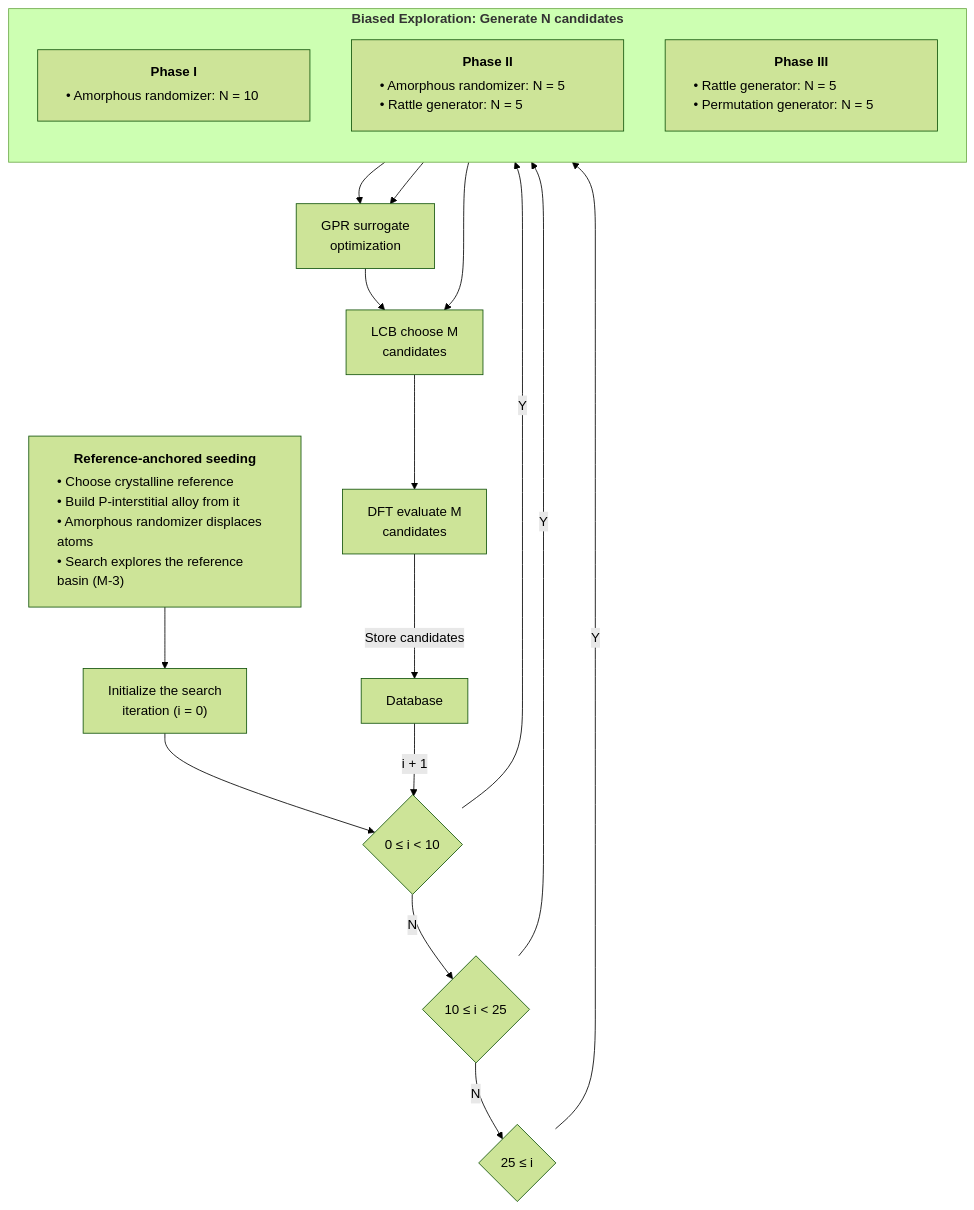
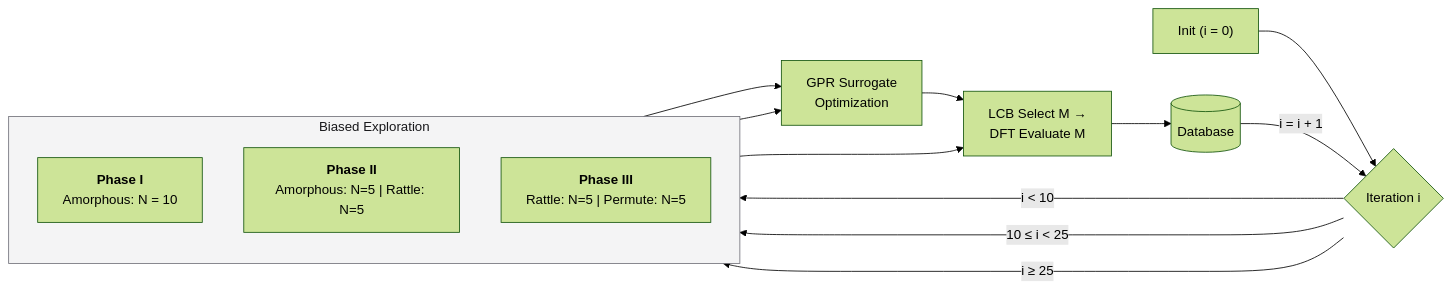
One commit to andim53/phd_research_v2 changed the diagram in paper_amorphous/papers/paper1/CLAIMS.md. Above: the diagram before and after it, drawn with Mermaid (forest theme). The commit also changed other lines of this file and 4 other files, not shown here.

````diff
--- a/paper_amorphous/papers/paper1/CLAIMS.md
+++ b/paper_amorphous/papers/paper1/CLAIMS.md
@@ -97,37 +97,31 @@
 ```mermaid
-flowchart TD
-    Ref["<b>Reference-anchored seeding</b><div style='text-align: left; min-width: 260px; padding: 4px;'>• Choose crystalline reference<br/>• Build P-interstitial alloy from it<br/>• Amorphous randomizer displaces atoms<br/>• Search explores the reference basin (M-3)</div>"]
-    Init["Initialize the search<br/>iteration (i = 0)"]
-    D1{"0 ≤ i < 10"}
-    D2{"10 ≤ i < 25"}
-    D3{"25 ≤ i"}
+flowchart LR
+    Init["Init (i = 0)"]
+    Dec{"Iteration i"}
 
-    subgraph BE ["<b>Biased Exploration: Generate N candidates</b>"]
+    subgraph BE["Biased Exploration"]
         direction TB
-        P1["<b>Phase I</b><div style='text-align: left; min-width: 260px; padding: 4px;'>• Amorphous randomizer:&nbsp;N&nbsp;=&nbsp;10</div>"]
-        P2["<b>Phase II</b><div style='text-align: left; min-width: 260px; padding: 4px;'>• Amorphous randomizer:&nbsp;N&nbsp;=&nbsp;5<br/>• Rattle generator:&nbsp;N&nbsp;=&nbsp;5</div>"]
-        P3["<b>Phase III</b><div style='text-align: left; min-width: 260px; padding: 4px;'>• Rattle generator:&nbsp;N&nbsp;=&nbsp;5<br/>• Permutation generator:&nbsp;N&nbsp;=&nbsp;5</div>"]
+        P1["<b>Phase I</b><br/>Amorphous: N = 10"]
+        P2["<b>Phase II</b><br/>Amorphous: N=5 | Rattle: N=5"]
+        P3["<b>Phase III</b><br/>Rattle: N=5 | Permute: N=5"]
     end
 
-    GPR["GPR surrogate<br/>optimization"]
-    LCB["LCB choose M<br/>candidates"]
-    DFT["DFT evaluate M<br/>candidates"]
-    DB["Database"]
+    GPR["GPR Surrogate<br/>Optimization"]
+    Eval["LCB Select M →<br/>DFT Evaluate M"]
+    DB[(Database)]
 
-    Ref --> Init
-    Init --> D1
-    D1 -->|Y| P1
-    D1 -->|N| D2
-    D2 -->|Y| P2
-    D2 -->|N| D3
-    D3 -->|Y| P3
+    Init --> Dec
+    
+    Dec -->|i < 10| P1
+    Dec -->|10 ≤ i < 25| P2
+    Dec -->|i ≥ 25| P3
 
-    P1 --> LCB
+    P1 --> Eval
     P2 --> GPR
     P3 --> GPR
 
-    GPR --> LCB
-    LCB --> DFT
-    DFT -->|Store candidates| DB
-    DB -->|i + 1| D1
+    GPR --> Eval --> DB
+    DB -->|i = i + 1| Dec
+
+    style BE fill:#f4f4f5,stroke:#71717a,stroke-width:1px,color:#18181b
 ```
````
